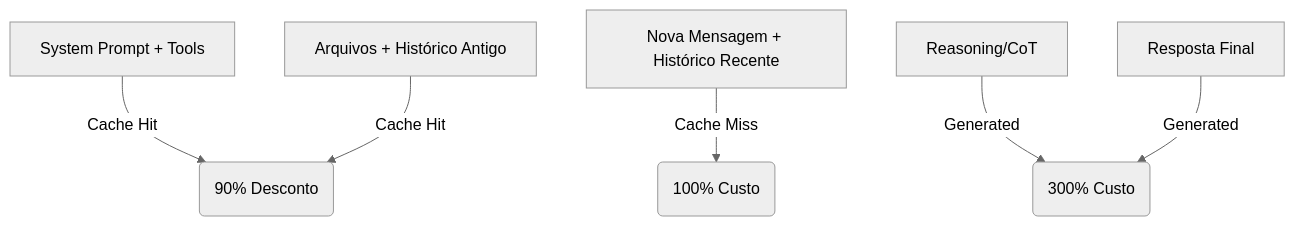
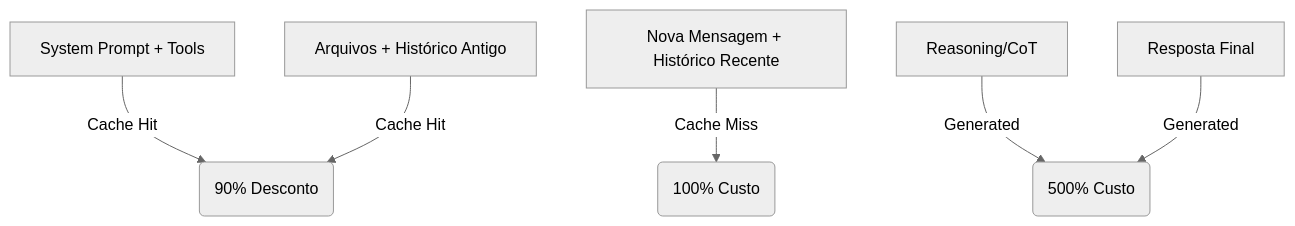
Before and after one commit to josenaldo/codex-technomanticus: the diagram in 03-Dominios/Tecnologia/IA/Economia de Tokens/02 - Anatomia do gasto — input, output e reasoning.md, drawn with Mermaid (neutral theme). The commit also changed other lines of this file and 10 other files, not shown here.

````diff
--- a/03-Dominios/Tecnologia/IA/Economia de Tokens/02 - Anatomia do gasto — input, output e reasoning.md
+++ b/03-Dominios/Tecnologia/IA/Economia de Tokens/02 - Anatomia do gasto — input, output e reasoning.md
@@ -89,8 +154,8 @@
 ```mermaid
 graph TD
     A[System Prompt + Tools] -->|Cache Hit| B(90% Desconto)
     C[Arquivos + Histórico Antigo] -->|Cache Hit| B
     D[Nova Mensagem + Histórico Recente] -->|Cache Miss| E(100% Custo)
-    F[Reasoning/CoT] -->|Generated| G(300% Custo)
+    F[Reasoning/CoT] -->|Generated| G(500% Custo)
     H[Resposta Final] -->|Generated| G
 ```
````
